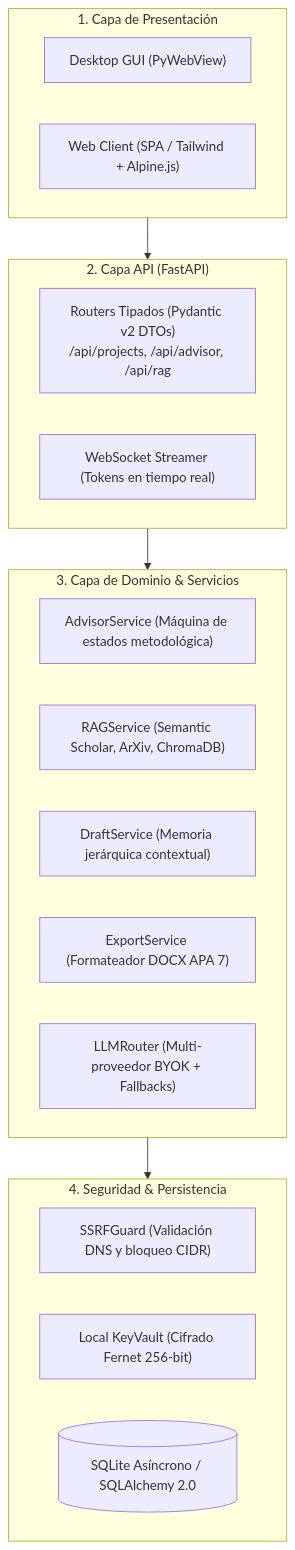
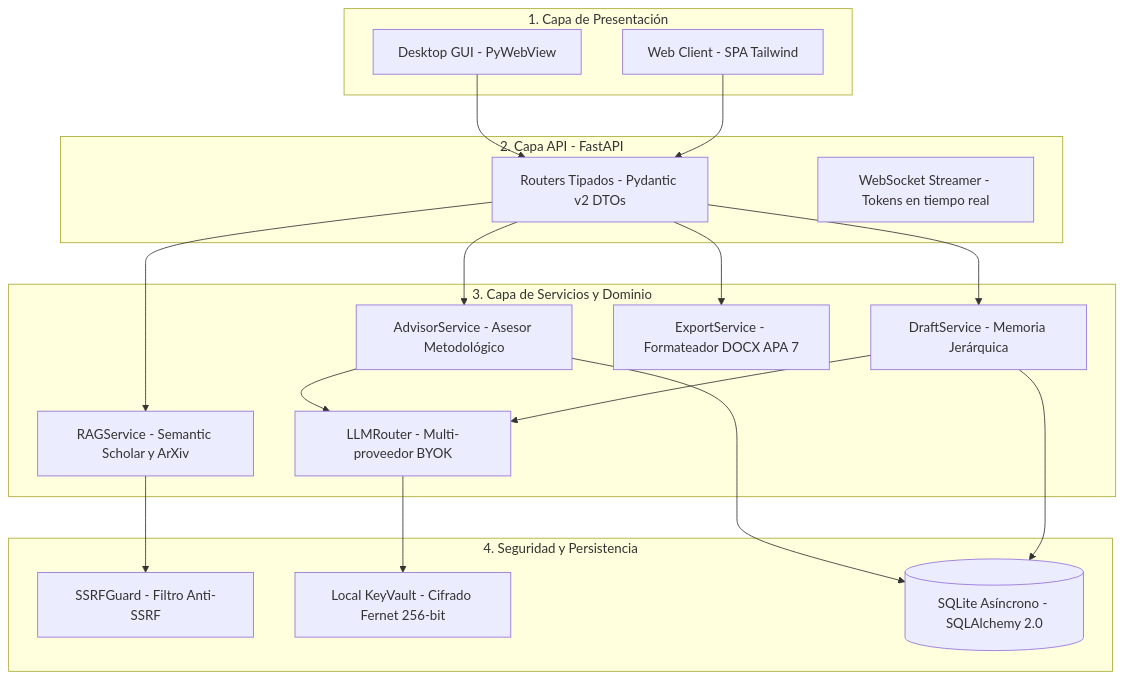
One commit to oscarbol09/thesisforge changed the diagram in README.md. Above: the diagram before and after it, drawn with Mermaid. The commit also changed 4 other files, not shown here.

Commit message:
fix: resolve mermaid rendering on github, fix mypy cli attribute, and enable pages workflow

````diff
--- a/README.md
+++ b/README.md
@@ -104,30 +104,39 @@
 ```mermaid
-graph TD
-    subgraph UI["1. Capa de Presentación"]
-        DESK["Desktop GUI (PyWebView)"]
-        WEB["Web Client (SPA / Tailwind + Alpine.js)"]
+flowchart TD
+    subgraph Presentacion [1. Capa de Presentación]
+        DESK[Desktop GUI - PyWebView]
+        WEB[Web Client - SPA Tailwind]
     end
 
-    subgraph API["2. Capa API (FastAPI)"]
-        ROUTERS["Routers Tipados (Pydantic v2 DTOs)<br/>/api/projects, /api/advisor, /api/rag"]
-        WS["WebSocket Streamer (Tokens en tiempo real)"]
+    subgraph API [2. Capa API - FastAPI]
+        ROUTERS[Routers Tipados - Pydantic v2 DTOs]
+        WS[WebSocket Streamer - Tokens en tiempo real]
     end
 
-    subgraph Service["3. Capa de Dominio & Servicios"]
-        ADV["AdvisorService (Máquina de estados metodológica)"]
-        RAG["RAGService (Semantic Scholar, ArXiv, ChromaDB)"]
-        DRAFT["DraftService (Memoria jerárquica contextual)"]
-        EXP["ExportService (Formateador DOCX APA 7)"]
-        LLM["LLMRouter (Multi-proveedor BYOK + Fallbacks)"]
+    subgraph Servicios [3. Capa de Servicios y Dominio]
+        ADV[AdvisorService - Asesor Metodológico]
+        RAG[RAGService - Semantic Scholar y ArXiv]
+        DRAFT[DraftService - Memoria Jerárquica]
+        EXP[ExportService - Formateador DOCX APA 7]
+        LLM[LLMRouter - Multi-proveedor BYOK]
     end
 
-    subgraph Security["4. Seguridad & Persistencia"]
-        SSRF["SSRFGuard (Validación DNS y bloqueo CIDR)"]
-        VAULT["Local KeyVault (Cifrado Fernet 256-bit)"]
-        DB[("SQLite Asíncrono / SQLAlchemy 2.0")]
+    subgraph SeguridadPersistencia [4. Seguridad y Persistencia]
+        SSRF[SSRFGuard - Filtro Anti-SSRF]
+        VAULT[Local KeyVault - Cifrado Fernet 256-bit]
+        DB[(SQLite Asíncrono - SQLAlchemy 2.0)]
     end
 
-    UI --> API
-    API --> Service
-    Service --> Security
+    DESK --> ROUTERS
+    WEB --> ROUTERS
+    ROUTERS --> ADV
+    ROUTERS --> RAG
+    ROUTERS --> DRAFT
+    ROUTERS --> EXP
+    ADV --> LLM
+    DRAFT --> LLM
+    RAG --> SSRF
+    LLM --> VAULT
+    ADV --> DB
+    DRAFT --> DB
 ```
````
